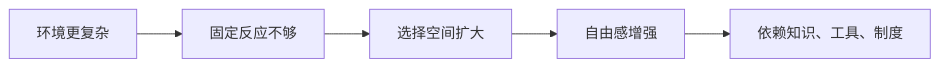
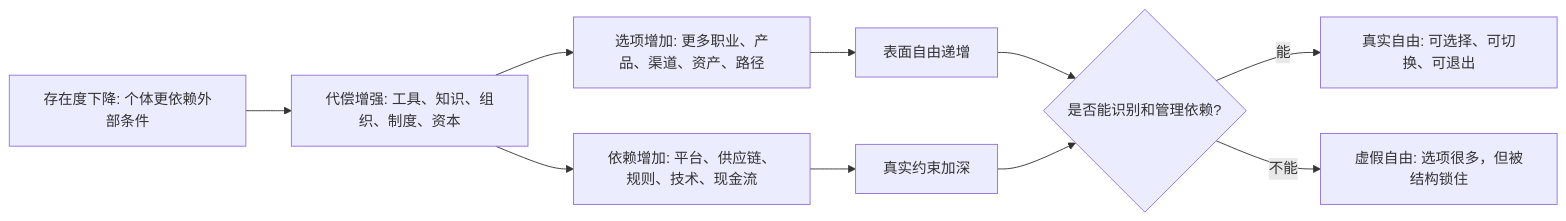
Before and after one commit to digoal/blog: the diagram in 202605/20260518_54.md, drawn with Mermaid. The commit also changed other lines of this file and 16 other files, not shown here.

````diff
--- a/202605/20260518_54.md
+++ b/202605/20260518_54.md
@@ -22,7 +22,12 @@
 ```mermaid
 flowchart LR
-  A["环境更复杂"] --> B["固定反应不够"]
-  B --> C["选择空间扩大"]
-  C --> D["自由感增强"]
-  D --> E["依赖知识、工具、制度"]
+  A["存在度下降: 个体更依赖外部条件"] --> B["代偿增强: 工具、知识、组织、制度、资本"]
+  B --> C["选项增加: 更多职业、产品、渠道、资产、路径"]
+  C --> D["表面自由递增"]
+  B --> E["依赖增加: 平台、供应链、规则、技术、现金流"]
+  E --> F["真实约束加深"]
+  D --> G{"是否能识别和管理依赖?"}
+  F --> G
+  G -- "能" --> H["真实自由: 可选择、可切换、可退出"]
+  G -- "不能" --> I["虚假自由: 选项很多，但被结构锁住"]
 ```
````
